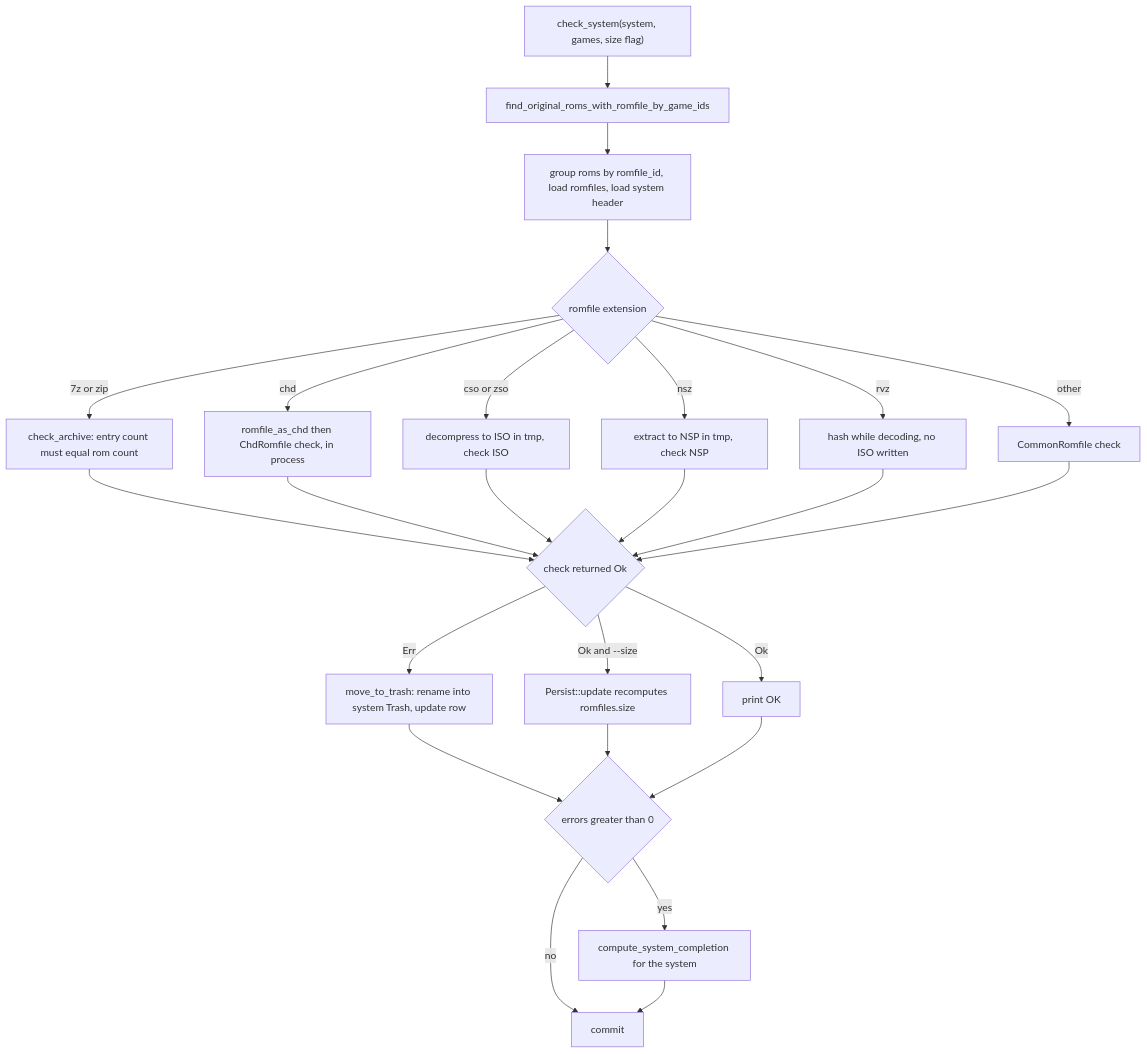
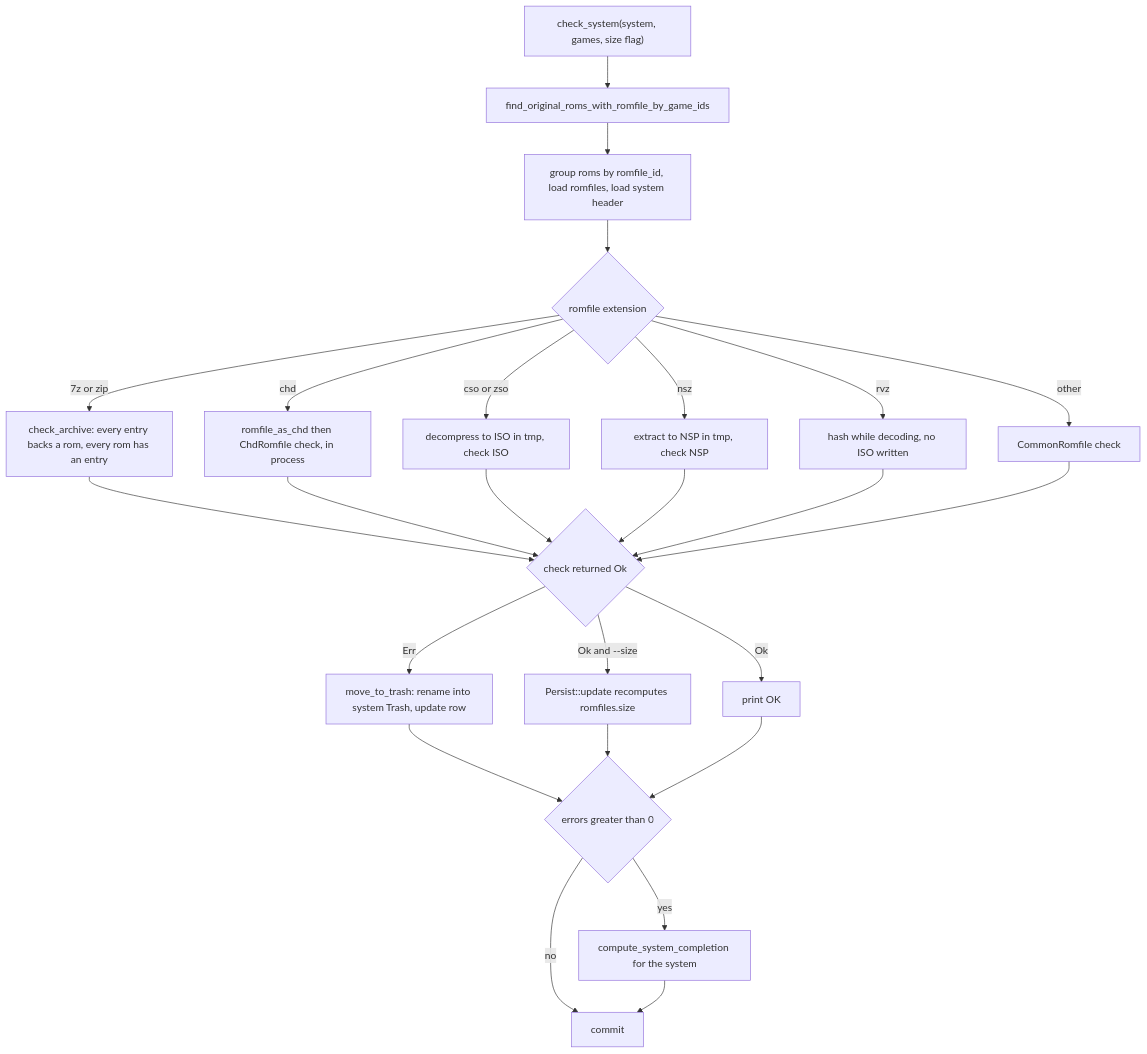
The first of 2 diagrams in openwiki/workflows/integrity-check-and-purge.md (alucryd/oxyromon), drawn with Mermaid before and after one commit. The commit also changed other lines of this file and 59 other files, not shown here.

````diff
--- a/openwiki/workflows/integrity-check-and-purge.md
+++ b/openwiki/workflows/integrity-check-and-purge.md
@@ -172,27 +172,27 @@
 ```mermaid
 flowchart TD
     A["check_system(system, games, size flag)"] --> B["find_original_roms_with_romfile_by_game_ids"]
     B --> C["group roms by romfile_id, load romfiles, load system header"]
     C --> D{"romfile extension"}
-    D -->|7z or zip| E["check_archive: entry count must equal rom count"]
+    D -->|7z or zip| E["check_archive: every entry backs a rom, every rom has an entry"]
     D -->|chd| F["romfile_as_chd then ChdRomfile check, in process"]
     D -->|cso or zso| I["decompress to ISO in tmp, check ISO"]
     D -->|nsz| J["extract to NSP in tmp, check NSP"]
     D -->|rvz| K["hash while decoding, no ISO written"]
     D -->|other| L["CommonRomfile check"]
     E --> M{"check returned Ok"}
     F --> M
     I --> M
     J --> M
     K --> M
     L --> M
     M -->|Err| N["move_to_trash: rename into system Trash, update row"]
     M -->|"Ok and --size"| O["Persist::update recomputes romfiles.size"]
     M -->|Ok| P["print OK"]
     N --> Q{"errors greater than 0"}
     O --> Q
     P --> Q
     Q -->|yes| R["compute_system_completion for the system"]
     Q -->|no| S["commit"]
     R --> S
 ```
````
